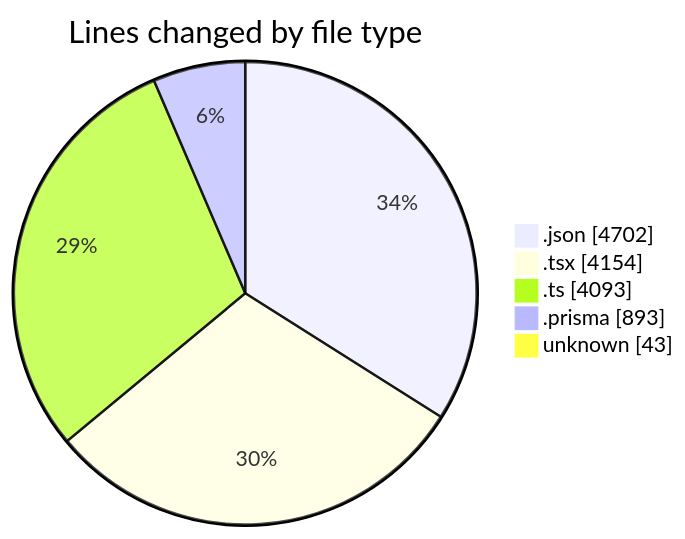
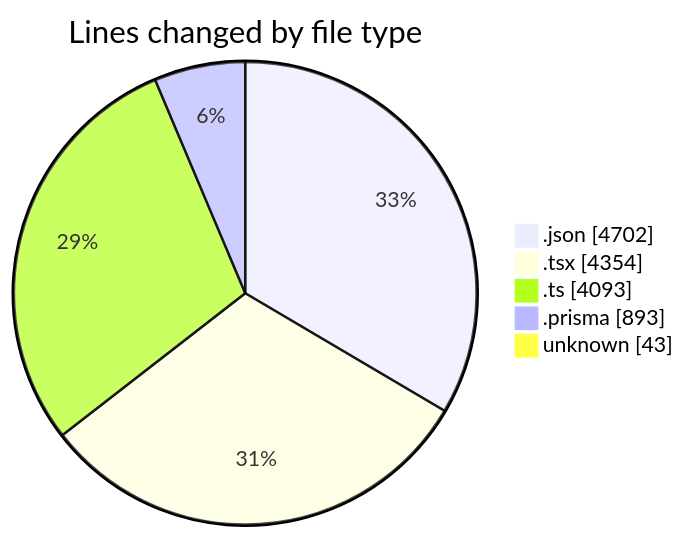
The first of 2 diagrams in 2025-05-05/ecodeli/README.md (CELIANVF/code-tracking), drawn with Mermaid before and after one commit. The commit also changed other lines of this file and 1 other file, not shown here.

````diff
--- a/2025-05-05/ecodeli/README.md
+++ b/2025-05-05/ecodeli/README.md
@@ -53,9 +55,9 @@
 ```mermaid
 pie showData
 title Lines changed by file type
 ".json" : 4702
-".tsx" : 4154
+".tsx" : 4354
 ".ts" : 4093
 ".prisma" : 893
 "unknown" : 43
 ```
````
